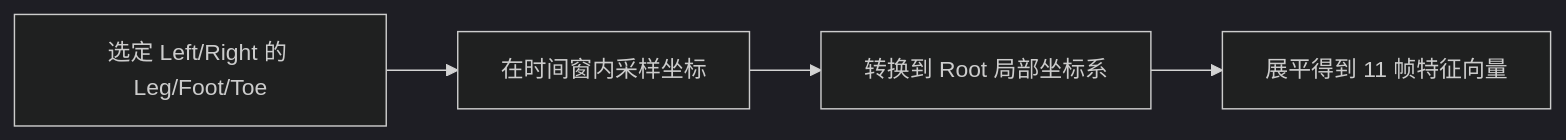
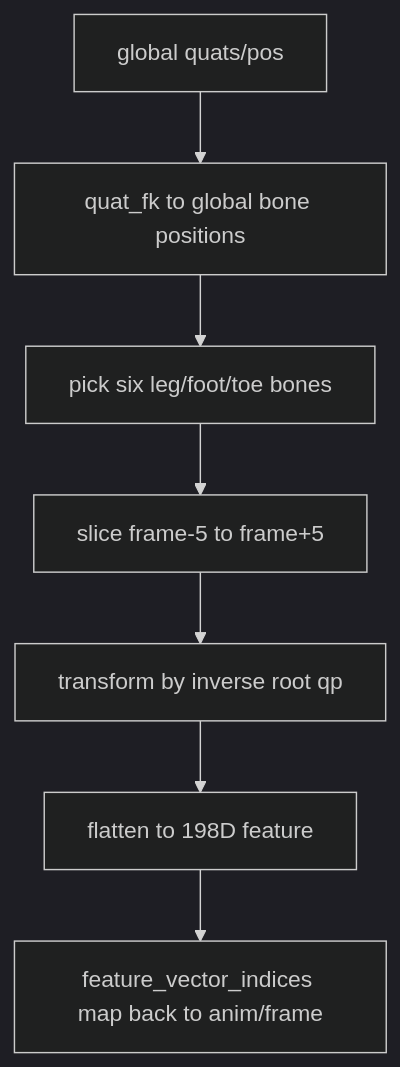
Before and after one commit to EvihGraphics/AnimationTech-HTC: the fourth of 8 diagrams in docs/blog/AnimationPapers/knowing_when_to_put_your_foot_down/README.md, drawn with Mermaid (dark theme). The commit also changed other lines of this file and 6 other files, not shown here.

````diff
--- a/docs/blog/AnimationPapers/knowing_when_to_put_your_foot_down/README.md
+++ b/docs/blog/AnimationPapers/knowing_when_to_put_your_foot_down/README.md
@@ -111,6 +121,9 @@
 ```mermaid
-flowchart LR
-    A[选定 Left/Right 的 Leg/Foot/Toe] --> B[在时间窗内采样坐标]
-    B --> C[转换到 Root 局部坐标系]
-    C --> D[展平得到 11 帧特征向量]
+flowchart TD
+    A[global quats/pos] --> B[quat_fk to global bone positions]
+    B --> C[pick six leg/foot/toe bones]
+    C --> D[slice frame-5 to frame+5]
+    D --> E[transform by inverse root qp]
+    E --> F[flatten to 198D feature]
+    F --> G[feature_vector_indices map back to anim/frame]
 ```
````
